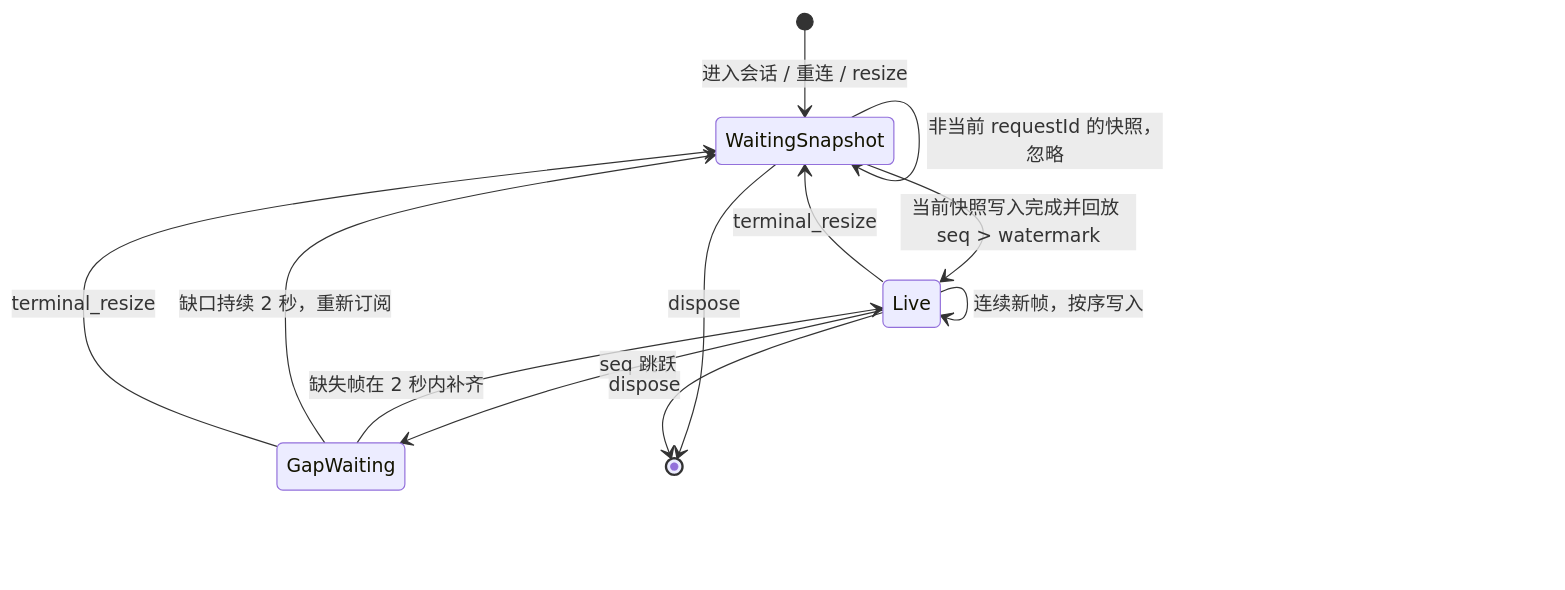
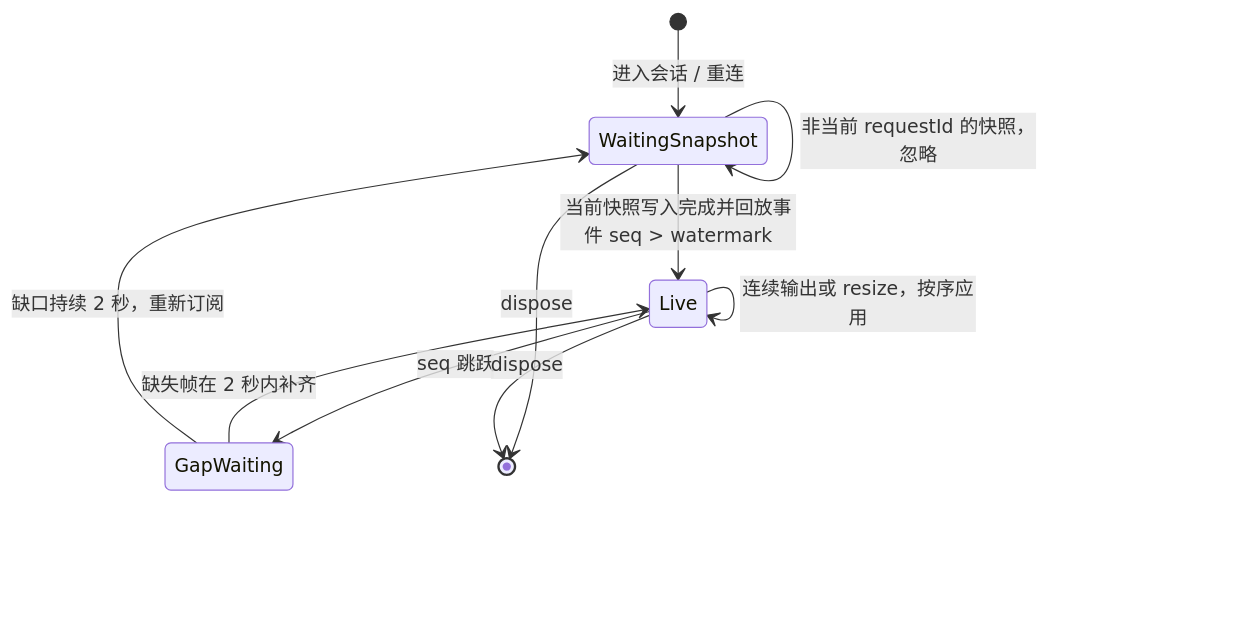
The fourth of 5 diagrams in docs/PTY-NETWORK-SYNC.md (lichenxicatapple-blip/dev-anywhere), drawn with Mermaid before and after one commit. The commit also changed other lines of this file and 62 other files, not shown here.

````diff
--- a/docs/PTY-NETWORK-SYNC.md
+++ b/docs/PTY-NETWORK-SYNC.md
@@ -214,18 +255,16 @@
 ```mermaid
 stateDiagram-v2
-  [*] --> WaitingSnapshot: 进入会话 / 重连 / resize
-  WaitingSnapshot --> WaitingSnapshot: 二进制帧到达，暂存
+  [*] --> WaitingSnapshot: 进入会话 / 重连
+  WaitingSnapshot --> WaitingSnapshot: 输出或 resize 到达，暂存
   WaitingSnapshot --> WaitingSnapshot: 非当前 requestId 的快照，忽略
-  WaitingSnapshot --> Live: 当前快照写入完成并回放 seq > watermark
+  WaitingSnapshot --> Live: 当前快照写入完成并回放事件 seq > watermark
 
-  Live --> Live: seq <= watermark，忽略重复或旧帧
-  Live --> Live: 连续新帧，按序写入
+  Live --> Live: seq <= watermark，忽略重复或旧事件
+  Live --> Live: 连续输出或 resize，按序应用
   Live --> GapWaiting: seq 跳跃
   GapWaiting --> Live: 缺失帧在 2 秒内补齐
   GapWaiting --> WaitingSnapshot: 缺口持续 2 秒，重新订阅
 
-  Live --> WaitingSnapshot: terminal_resize
-  GapWaiting --> WaitingSnapshot: terminal_resize
   WaitingSnapshot --> [*]: dispose
   Live --> [*]: dispose
 ```
````
